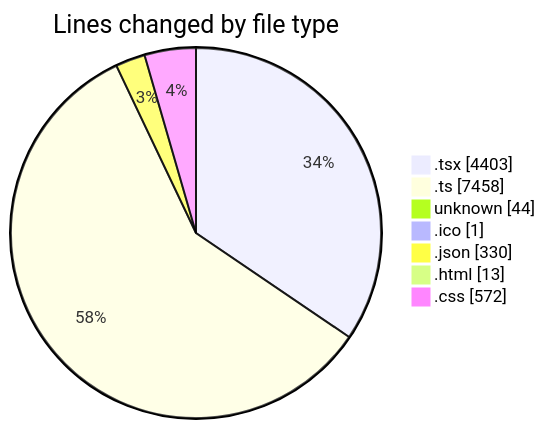
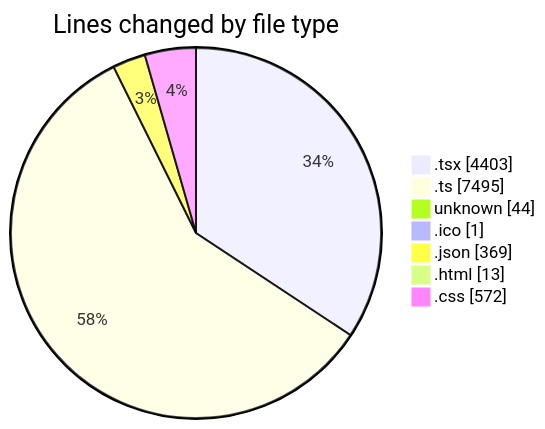
Before and after one commit to JenPaints/code-tracking: the first of 2 diagrams in 2025-06-20/modeljsondesigner/README.md, drawn with Mermaid. The commit also changed other lines of this file and 1 other file, not shown here.

````diff
--- a/2025-06-20/modeljsondesigner/README.md
+++ b/2025-06-20/modeljsondesigner/README.md
@@ -43,11 +43,11 @@
 ```mermaid
 pie showData
 title Lines changed by file type
 ".tsx" : 4403
-".ts" : 7458
+".ts" : 7495
 "unknown" : 44
 ".ico" : 1
-".json" : 330
+".json" : 369
 ".html" : 13
 ".css" : 572
 ```
````
